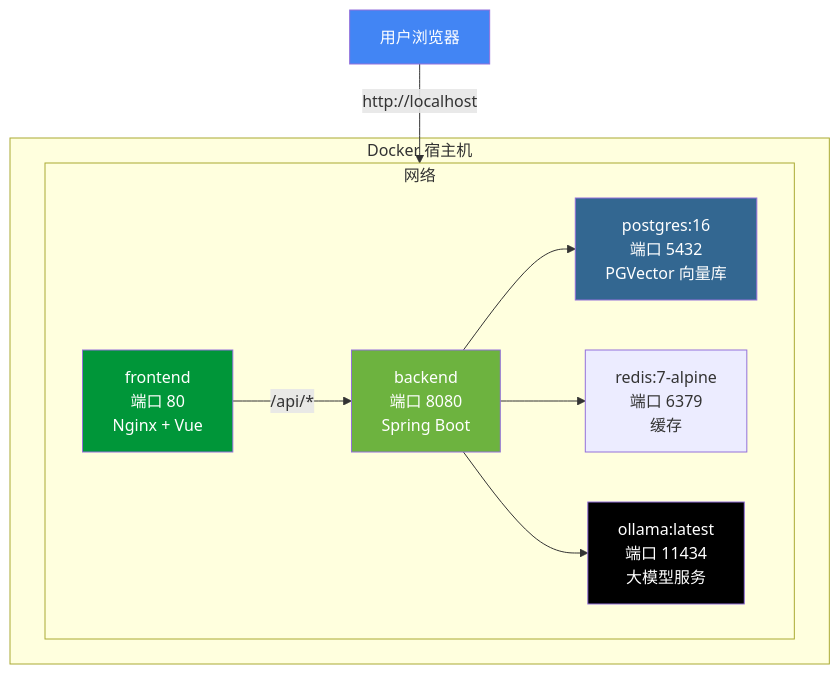
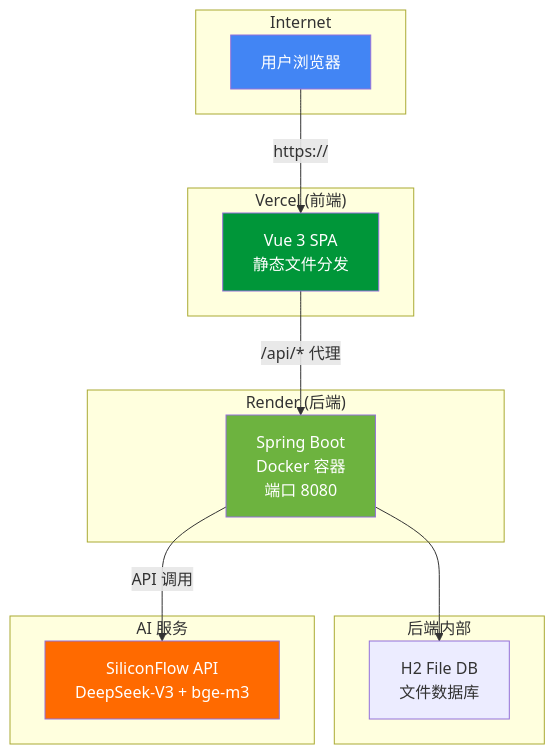
Before and after one commit to ZhangYN1203/rag-knowledge-base: the fifth of 5 diagrams in docs/系统架构图.md, drawn with Mermaid. The commit also changed other lines of this file and 48 other files, not shown here.

Commit message:
feat: complete RAG system with SiliconFlow API, deployment config, and

````diff
--- a/docs/系统架构图.md
+++ b/docs/系统架构图.md
@@ -167,25 +158,32 @@
 ```mermaid
 graph TB
-    subgraph Docker 宿主机
-        subgraph 网络
-            direction LR
-            P["postgres:16<br/>端口 5432<br/>PGVector 向量库"]
-            R["redis:7-alpine<br/>端口 6379<br/>缓存"]
-            O["ollama:latest<br/>端口 11434<br/>大模型服务"]
-            BE["backend<br/>端口 8080<br/>Spring Boot"]
-            FE["frontend<br/>端口 80<br/>Nginx + Vue"]
-        end
+    subgraph Internet
+        U["用户浏览器"]
     end
 
-    U["用户浏览器"] -->|"http://localhost"| FE
-    FE -->|"/api/*"| BE
-    BE --> P
-    BE --> R
-    BE --> O
+    subgraph Vercel["Vercel (前端)"]
+        FE["Vue 3 SPA<br/>静态文件分发"]
+    end
+
+    subgraph Render["Render (后端)"]
+        BE["Spring Boot<br/>Docker 容器<br/>端口 8080"]
+    end
+
+    subgraph 数据存储["后端内部"]
+        H2["H2 File DB<br/>文件数据库"]
+    end
+
+    subgraph 外部AI["AI 服务"]
+        SF["SiliconFlow API<br/>DeepSeek-V3 + bge-m3"]
+    end
+
+    U -->|"https://"| FE
+    FE -->|"/api/* 代理"| BE
+    BE --> H2
+    BE -->|"API 调用"| SF
 
     style U fill:#4285f4,color:#fff
     style FE fill:#009639,color:#fff
     style BE fill:#6db33f,color:#fff
-    style P fill:#336791,color:#fff
-    style O fill:#000,color:#fff
+    style SF fill:#FF6A00,color:#fff
 ```
````
